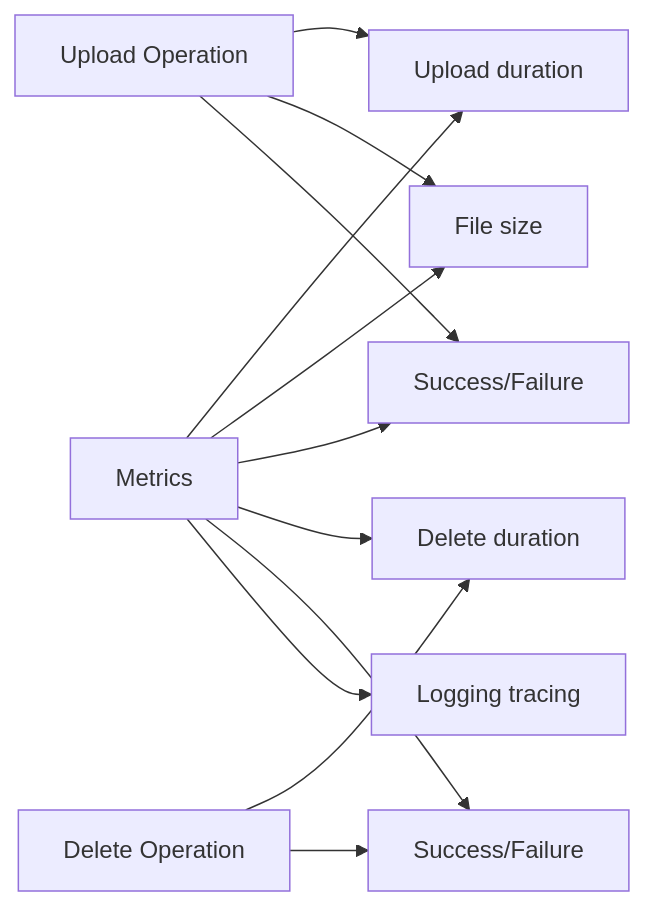
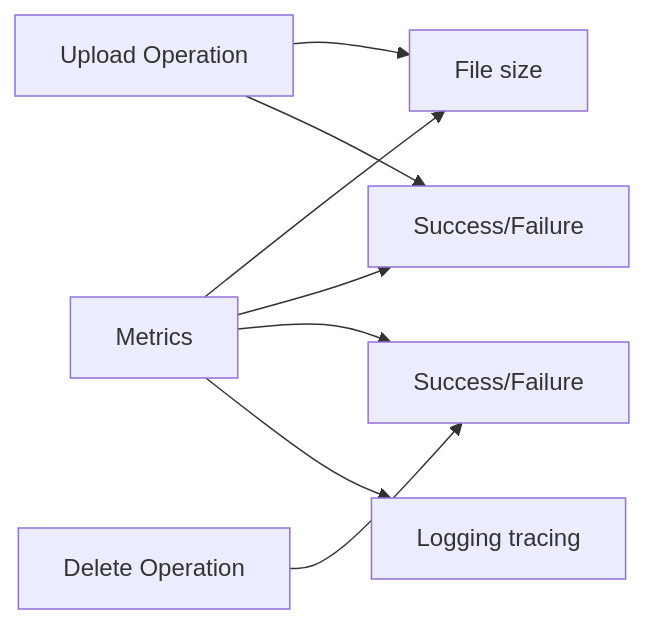
One commit to Lighty-Launcher/LightyUpdater changed diagram 14 of 14 in crates/storage/docs/flow.md. Above: the diagram before and after it, drawn with Mermaid. The commit also changed other lines of this file and 16 other files, not shown here.

````diff
--- a/crates/storage/docs/flow.md
+++ b/crates/storage/docs/flow.md
@@ -346,17 +346,13 @@
 ```mermaid
 graph LR
-    Upload[Upload Operation] --> Duration[Upload duration]
-    Upload --> Size[File size]
+    Upload[Upload Operation] --> Size[File size]
     Upload --> Success[Success/Failure]
 
-    Delete[Delete Operation] --> DelDuration[Delete duration]
-    Delete --> DelSuccess[Success/Failure]
+    Delete[Delete Operation] --> DelSuccess[Success/Failure]
 
-    Metrics[Metrics] --> Duration
-    Metrics --> Size
+    Metrics[Metrics] --> Size
     Metrics --> Success
-    Metrics --> DelDuration
     Metrics --> DelSuccess
 
     Metrics --> Log[Logging tracing]
 ```
````
